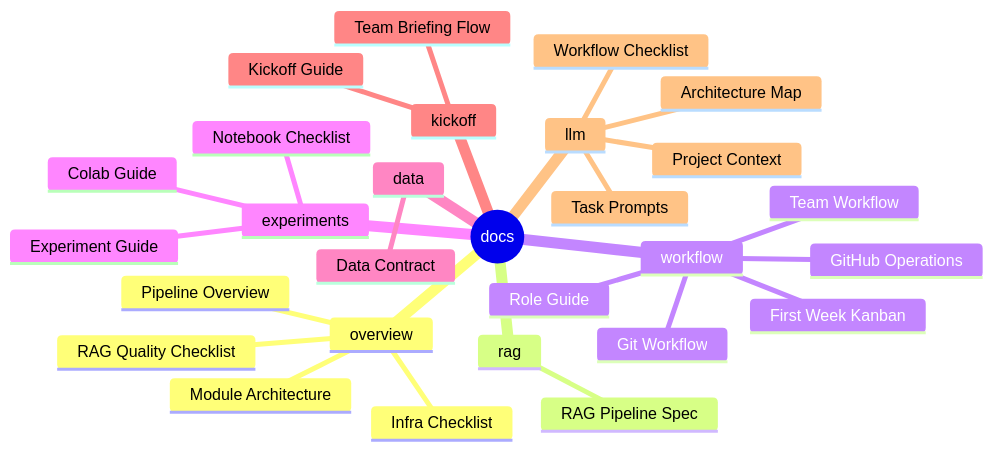
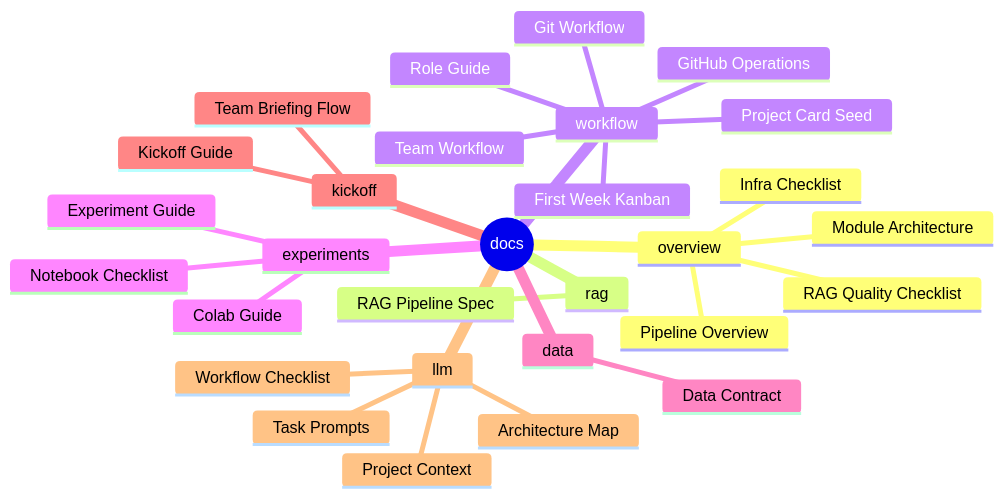
The diagram in docs/README.md (Codeit-Part3-6Team/Codeit-Part3-6Team-Project), drawn with Mermaid before and after one commit. The commit also changed other lines of this file and 4 other files, not shown here.

Commit message:
[docs] GitHub Project 카드 seed 추가

````diff
--- a/docs/README.md
+++ b/docs/README.md
@@ -9,31 +9,32 @@
 ```mermaid
 mindmap
   root((docs))
     overview
       Pipeline Overview
       Module Architecture
       Infra Checklist
       RAG Quality Checklist
     rag
       RAG Pipeline Spec
     workflow
       Git Workflow
       GitHub Operations
       First Week Kanban
+      Project Card Seed
       Role Guide
       Team Workflow
     experiments
       Experiment Guide
       Colab Guide
       Notebook Checklist
     data
       Data Contract
     kickoff
       Kickoff Guide
       Team Briefing Flow
     llm
       Project Context
       Architecture Map
       Workflow Checklist
       Task Prompts
 ```
````
